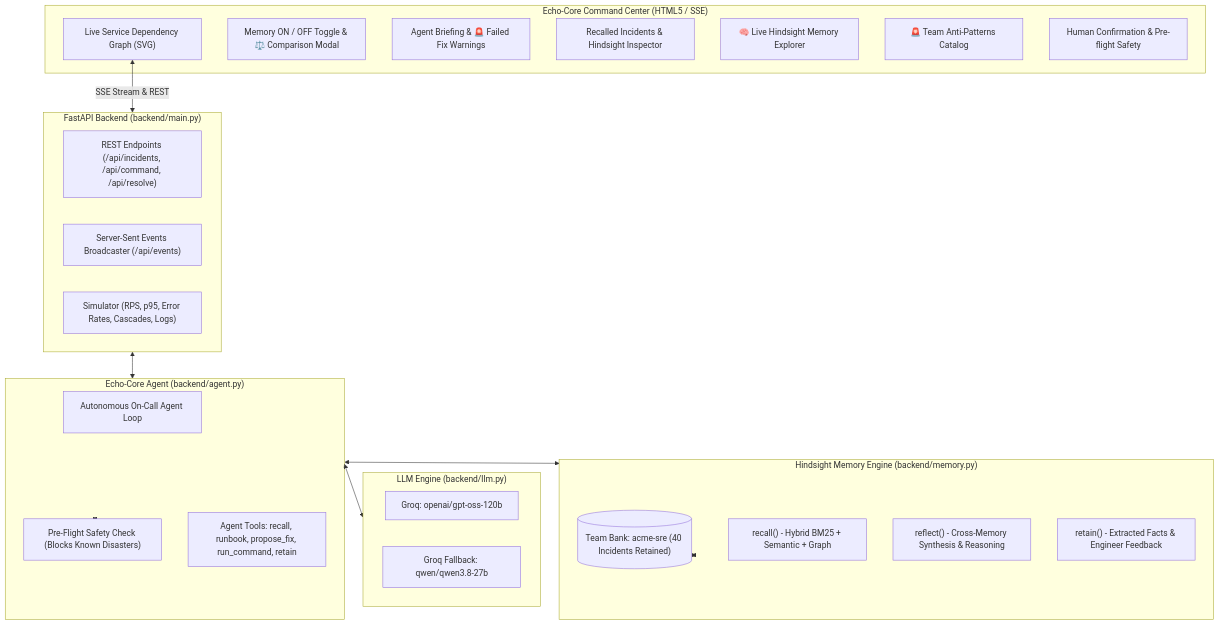
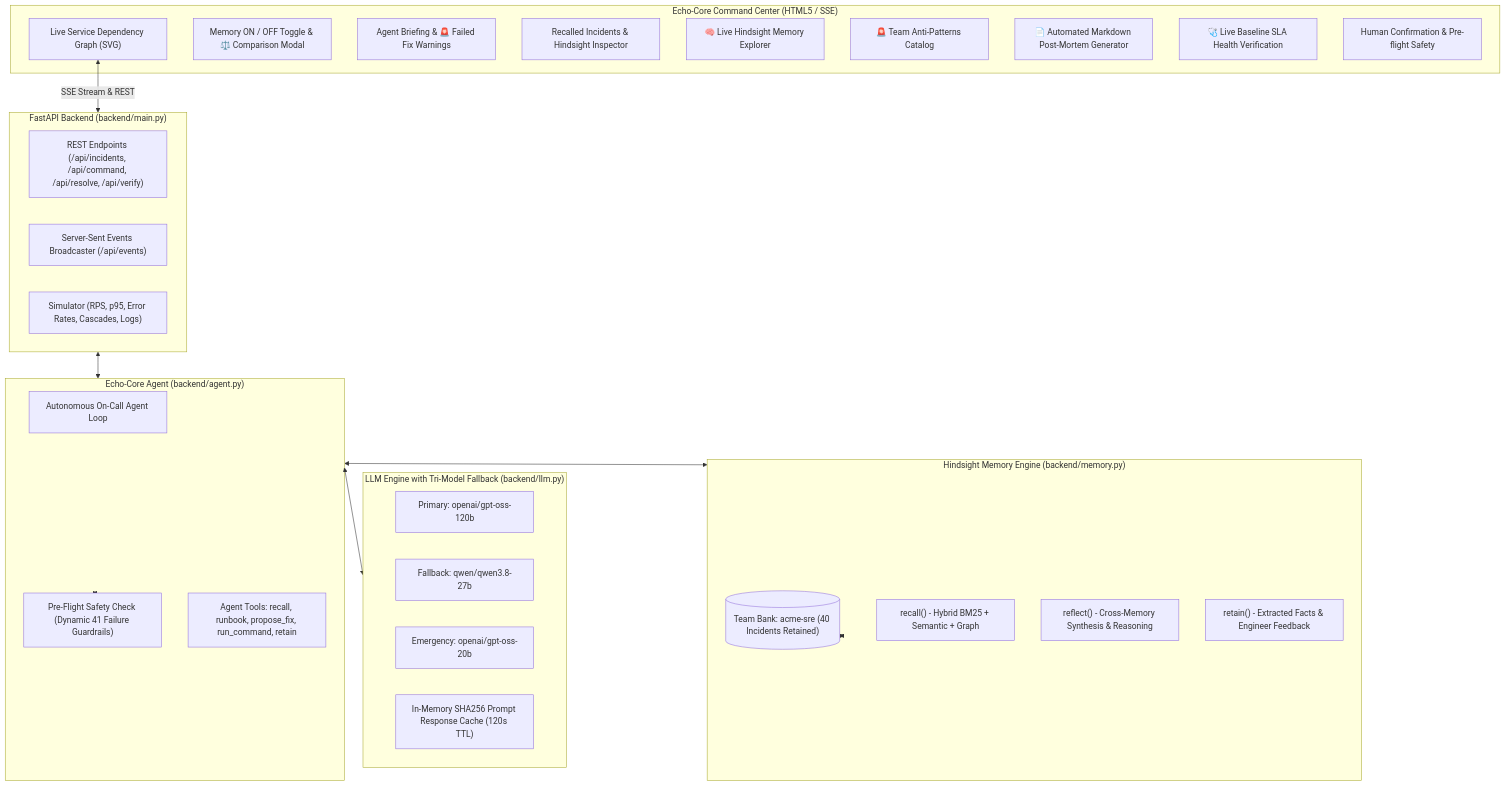
Before and after one commit to shresthasrii/Echo-Core: the diagram in README.md, drawn with Mermaid. The commit also changed 7 other files, not shown here.

Commit message:
feat: tri-model fallback chain, anti-pattern safety guardrails, baseline health check, and post-mortem modal

````diff
--- a/README.md
+++ b/README.md
@@ -18,43 +18,47 @@
 ```mermaid
 flowchart TD
     subgraph UI["Echo-Core Command Center (HTML5 / SSE)"]
         UI_Dash["Live Service Dependency Graph (SVG)"]
         UI_Toggle["Memory ON / OFF Toggle & ⚖️ Comparison Modal"]
         UI_Brief["Agent Briefing & 🚨 Failed Fix Warnings"]
         UI_MemView["Recalled Incidents & Hindsight Inspector"]
         UI_MemExp["🧠 Live Hindsight Memory Explorer"]
         UI_AntiPat["🚨 Team Anti-Patterns Catalog"]
+        UI_PostMortem["📄 Automated Markdown Post-Mortem Generator"]
+        UI_Health["🩺 Live Baseline SLA Health Verification"]
         UI_Modal["Human Confirmation & Pre-flight Safety"]
     end
 
     subgraph Backend["FastAPI Backend (backend/main.py)"]
-        REST["REST Endpoints (/api/incidents, /api/command, /api/resolve)"]
+        REST["REST Endpoints (/api/incidents, /api/command, /api/resolve, /api/verify)"]
         SSE["Server-Sent Events Broadcaster (/api/events)"]
         Sim["Simulator (RPS, p95, Error Rates, Cascades, Logs)"]
     end
 
     subgraph Agent["Echo-Core Agent (backend/agent.py)"]
         AgentLoop["Autonomous On-Call Agent Loop"]
-        Safety["Pre-Flight Safety Check (Blocks Known Disasters)"]
+        Safety["Pre-Flight Safety Check (Dynamic 41 Failure Guardrails)"]
         Tools["Agent Tools: recall, runbook, propose_fix, run_command, retain"]
     end
 
-    subgraph LLM["LLM Engine (backend/llm.py)"]
-        GroqPrimary["Groq: openai/gpt-oss-120b"]
-        GroqFallback["Groq Fallback: qwen/qwen3.8-27b"]
+    subgraph LLM["LLM Engine with Tri-Model Fallback (backend/llm.py)"]
+        GroqPrimary["Primary: openai/gpt-oss-120b"]
+        GroqSecondary["Fallback: qwen/qwen3.8-27b"]
+        GroqTertiary["Emergency: openai/gpt-oss-20b"]
+        PromptCache["In-Memory SHA256 Prompt Response Cache (120s TTL)"]
     end
 
     subgraph Memory["Hindsight Memory Engine (backend/memory.py)"]
         H_Bank[("Team Bank: acme-sre (40 Incidents Retained)")]
         H_Recall["recall() - Hybrid BM25 + Semantic + Graph"]
         H_Reflect["reflect() - Cross-Memory Synthesis & Reasoning"]
         H_Retain["retain() - Extracted Facts & Engineer Feedback"]
     end
 
     UI_Dash <-->|SSE Stream & REST| Backend
     Backend <--> Agent
     Agent <--> Safety
     Agent <--> LLM
     Agent <--> Memory
     Memory <--> H_Bank
 ```
````
